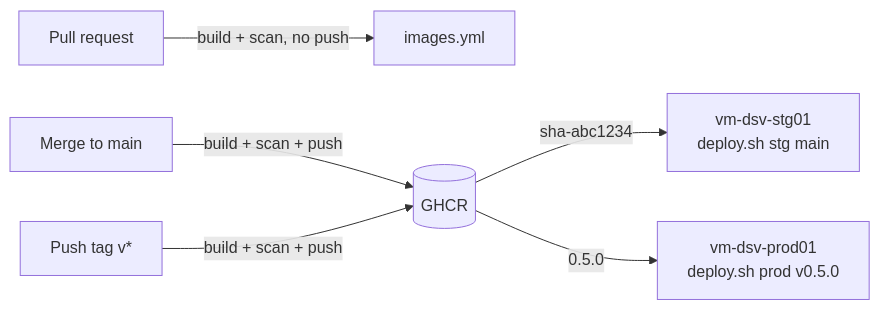
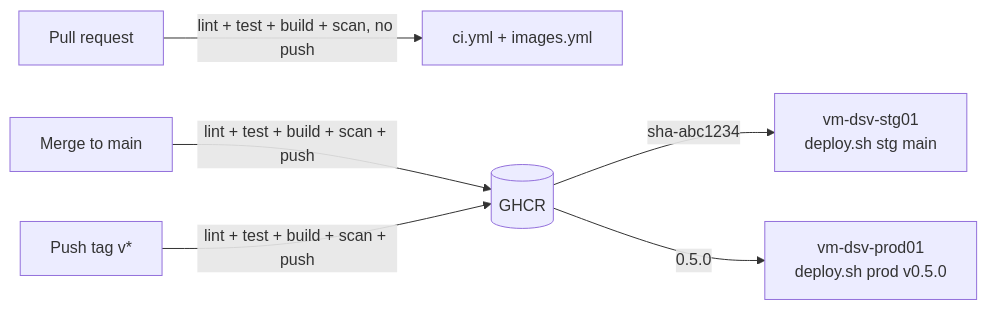
The diagram in docs/explanation/azure-vm/ci-cd.md (im-kenough/DineSafeViz), drawn with Mermaid before and after one commit. The commit also changed other lines of this file and 22 other files, not shown here.

First line of the commit message:
infosec: add pre-merge lint, SAST, tests, and dependency review (#282)

````diff
--- a/docs/explanation/azure-vm/ci-cd.md
+++ b/docs/explanation/azure-vm/ci-cd.md
@@ -19,8 +19,8 @@
 ```mermaid
 flowchart LR
-    pr[Pull request] -->|build + scan, no push| ci[images.yml]
-    main[Merge to main] -->|build + scan + push| ghcr[(GHCR)]
-    tag[Push tag v*] -->|build + scan + push| ghcr
+    pr[Pull request] -->|lint + test + build + scan, no push| ci[ci.yml + images.yml]
+    main[Merge to main] -->|lint + test + build + scan + push| ghcr[(GHCR)]
+    tag[Push tag v*] -->|lint + test + build + scan + push| ghcr
     ghcr -->|"sha-abc1234"| stg["vm-dsv-stg01<br/>deploy.sh stg main"]
     ghcr -->|"0.5.0"| prod["vm-dsv-prod01<br/>deploy.sh prod v0.5.0"]
 ```
````
